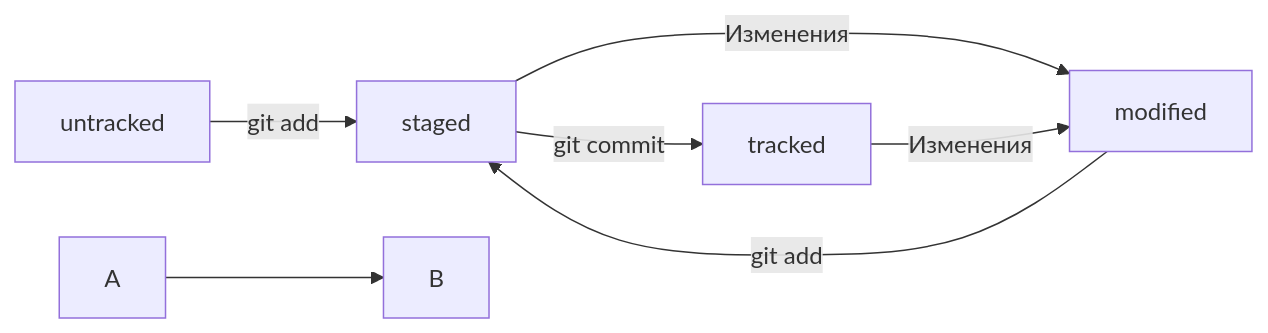
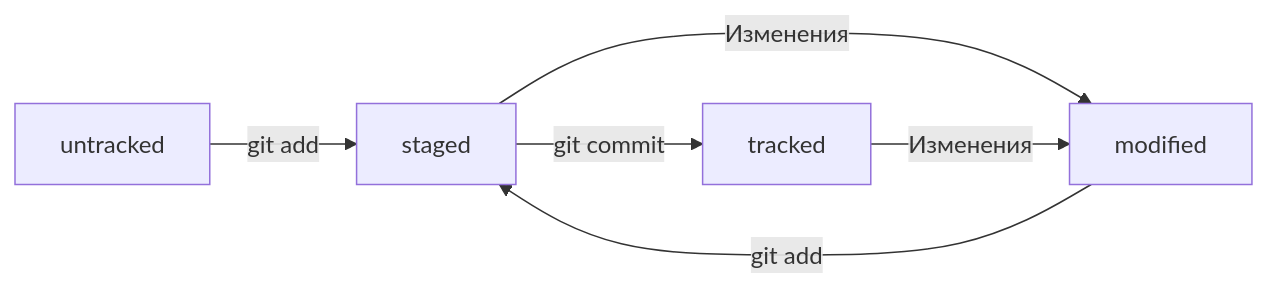
Before and after one commit to MikhailJavaDeveloper/git-cheat-sheet: the diagram in README.md, drawn with Mermaid.

Commit message:
Убрать пример стрелки без текста в разделе про жизненный цикл файла в Git

````diff
--- a/README.md
+++ b/README.md
@@ -100,11 +100,8 @@
 ```mermaid
 graph LR;
   untracked -- "git add" --> staged;
   staged -- "Изменения" --> modified;
   modified -- "git add" --> staged;
   staged -- "git commit" --> tracked;
   tracked -- "Изменения" --> modified;
-
-%% стрелка без текста для примера: 
-  A --> B;
 ```
````
